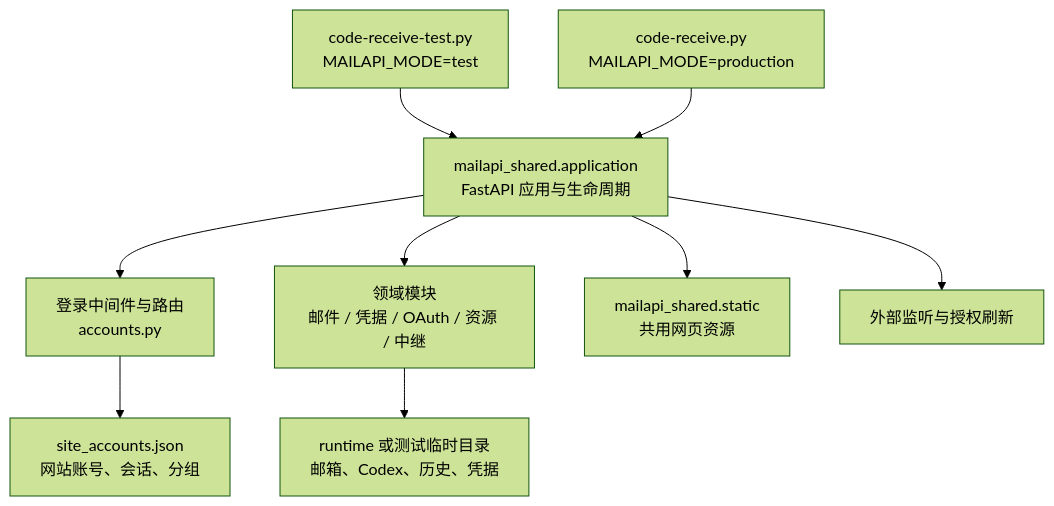
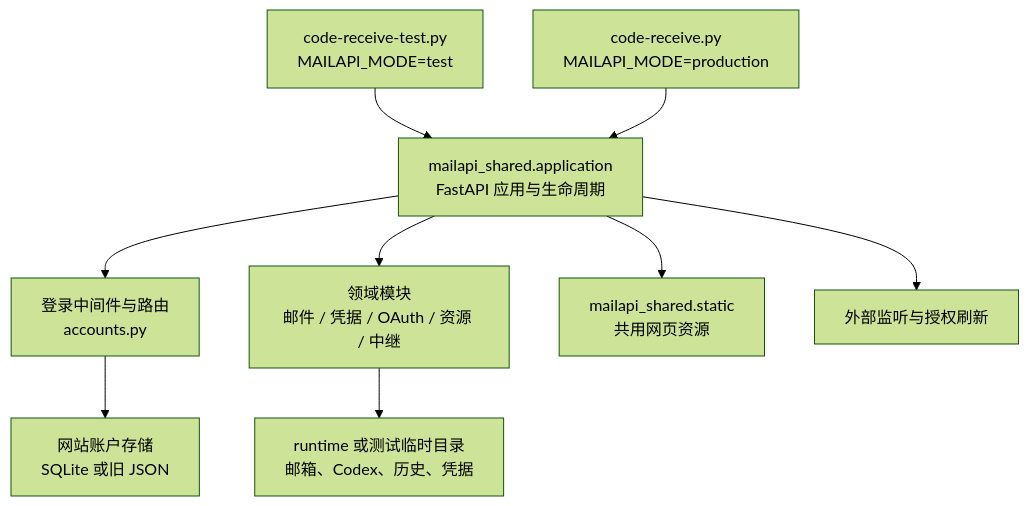
Before and after one commit to tzmoujunyu/mailapi: the diagram in docs/architecture.md, drawn with Mermaid (forest theme). The commit also changed other lines of this file and 8 other files, not shown here.

Commit message:
Migrate website accounts and group grants to SQLite

````diff
--- a/docs/architecture.md
+++ b/docs/architecture.md
@@ -7,11 +7,11 @@
 ```mermaid
 flowchart TD
     T[code-receive-test.py<br/>MAILAPI_MODE=test] --> A[mailapi_shared.application<br/>FastAPI 应用与生命周期]
     P[code-receive.py<br/>MAILAPI_MODE=production] --> A
     A --> R[登录中间件与路由<br/>accounts.py]
     A --> D[领域模块<br/>邮件 / 凭据 / OAuth / 资源 / 中继]
     A --> S[mailapi_shared.static<br/>共用网页资源]
     A --> W[外部监听与授权刷新]
-    R --> U[site_accounts.json<br/>网站账号、会话、分组]
+    R --> U[网站账户存储<br/>SQLite 或旧 JSON]
     D --> X[runtime 或测试临时目录<br/>邮箱、Codex、历史、凭据]
 ```
````
